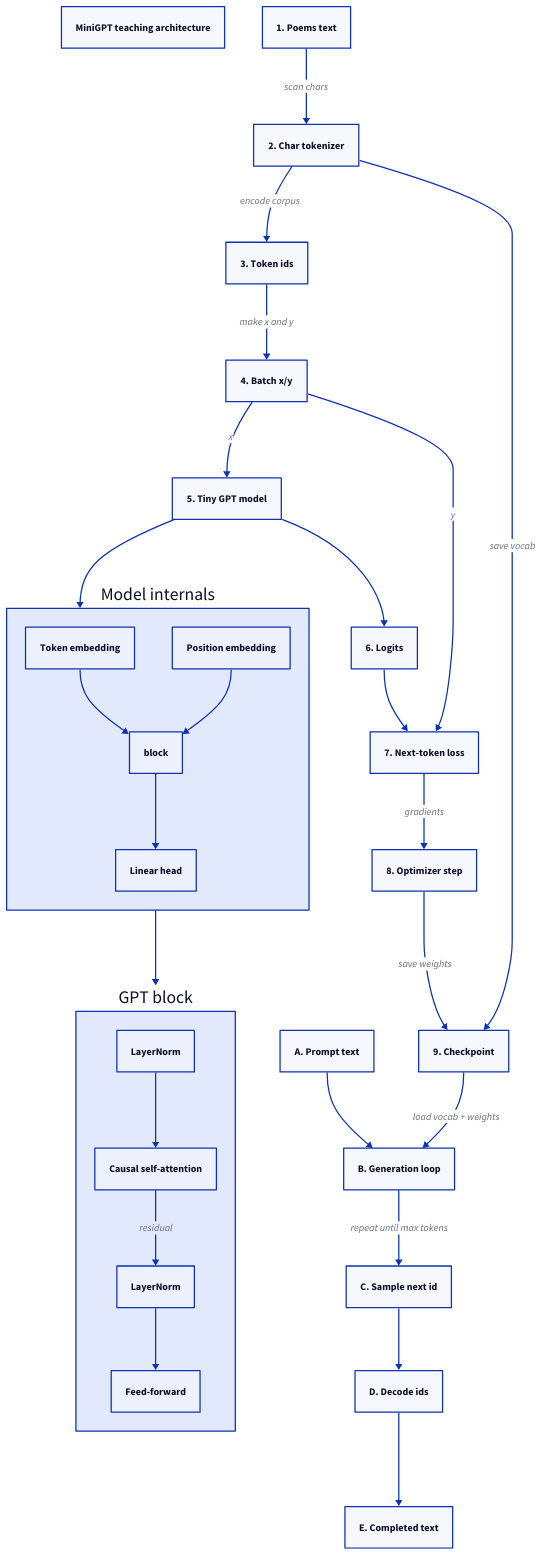
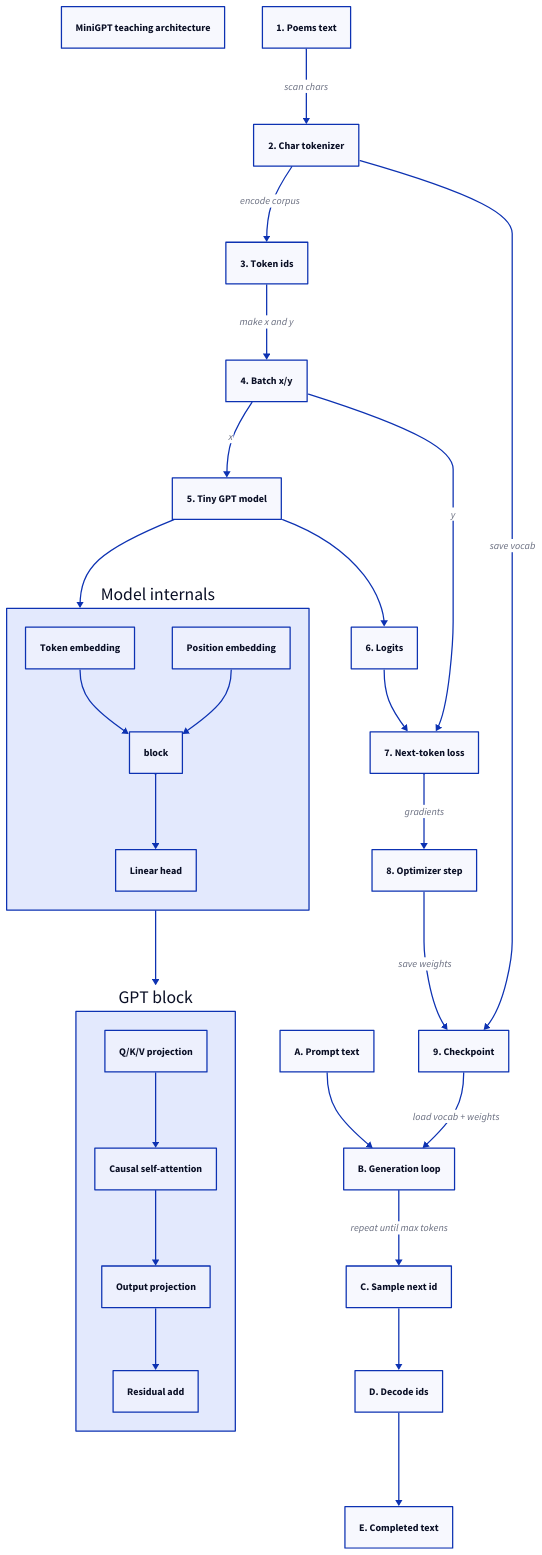
The diagram in docs/minigpt_implementation_flow.d2 (Milky2018/minigpt), drawn with D2 before and after one commit. The commit also changed 14 other files, not shown here.

```diff
--- a/docs/minigpt_implementation_flow.d2
+++ b/docs/minigpt_implementation_flow.d2
@@ -1,68 +1,68 @@
 vars: {
   d2-config: {
     layout-engine: dagre
     theme-id: 0
   }
 }
 
 title: "MiniGPT teaching architecture"
 
 poems: "1. Poems text"
 tokenizer: "2. Char tokenizer"
 ids: "3. Token ids"
 batch: "4. Batch x/y"
 model: "5. Tiny GPT model"
 logits: "6. Logits"
 loss: "7. Next-token loss"
 optim: "8. Optimizer step"
 ckpt: "9. Checkpoint"
 
 prompt: "A. Prompt text"
 gen: "B. Generation loop"
 sample: "C. Sample next id"
 decode: "D. Decode ids"
 complete: "E. Completed text"
 
 internals: "Model internals"
 block: "GPT block"
 
 poems -> tokenizer: "scan chars"
 tokenizer -> ids: "encode corpus"
 ids -> batch: "make x and y"
 batch -> model: "x"
 model -> logits
 logits -> loss
 batch -> loss: "y"
 loss -> optim: "gradients"
 optim -> ckpt: "save weights"
 tokenizer -> ckpt: "save vocab"
 
 prompt -> gen
 ckpt -> gen: "load vocab + weights"
 gen -> sample: "repeat until max tokens"
 sample -> decode
 decode -> complete
 
 model -> internals
 internals -> block
 
 internals: {
   embed: "Token embedding"
   pos: "Position embedding"
   head: "Linear head"
 
   embed -> block
   pos -> block
   block -> head
 }
 
 block: {
-  norm1: "LayerNorm"
+  qkv: "Q/K/V projection"
   attn: "Causal self-attention"
-  norm2: "LayerNorm"
-  ffn: "Feed-forward"
+  proj: "Output projection"
+  resid: "Residual add"
 
-  norm1 -> attn
-  attn -> norm2: "residual"
-  norm2 -> ffn
+  qkv -> attn
+  attn -> proj
+  proj -> resid
 }
```
